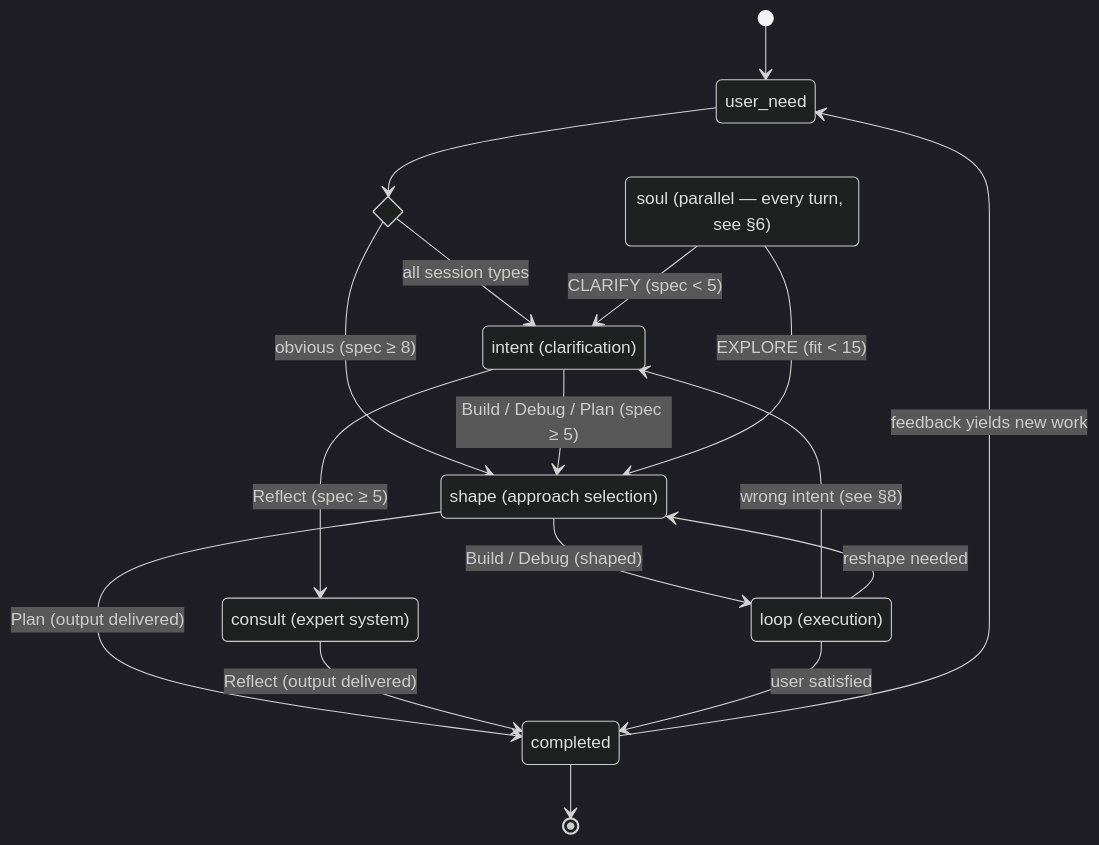
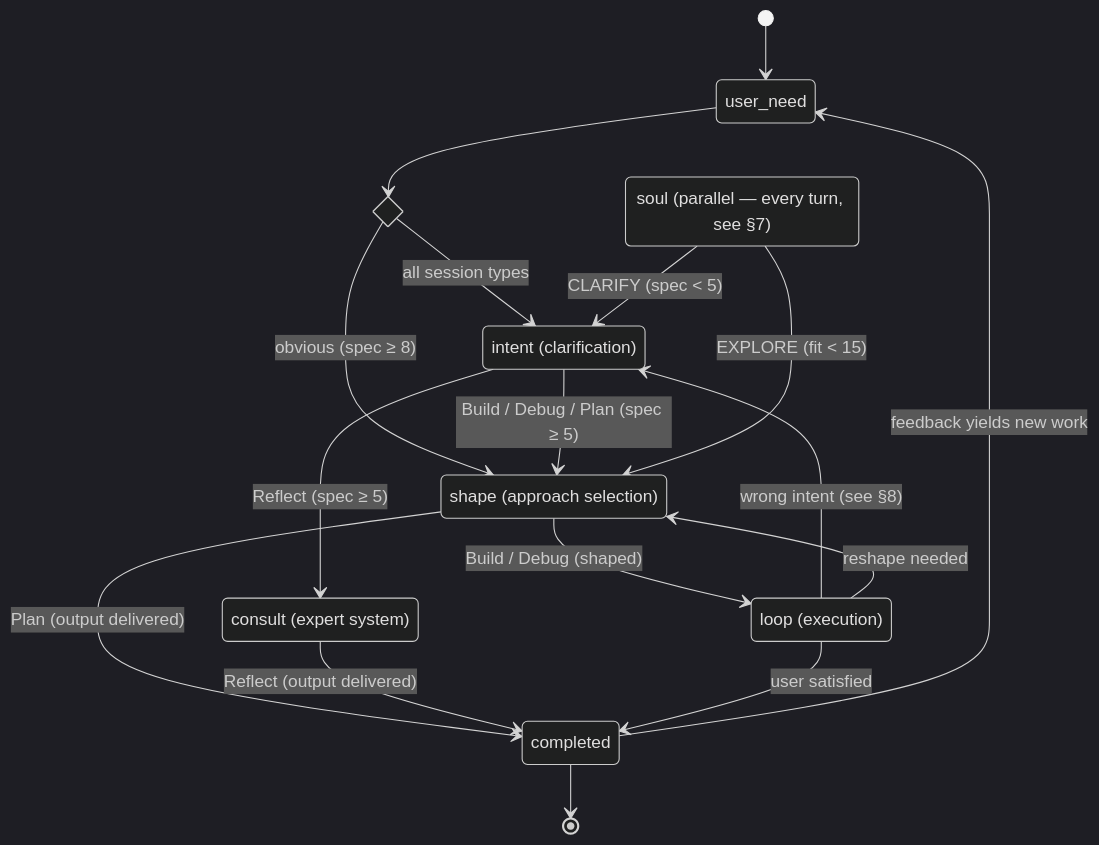
One commit to saadshahd/moo.md changed the first of 7 diagrams in docs/statechart.md. Above: the diagram before and after it, drawn with Mermaid (dark theme). The commit also changed other lines of this file and 65 other files, not shown here.

````diff
--- a/docs/statechart.md
+++ b/docs/statechart.md
@@ -11,34 +11,34 @@
 ```mermaid
 stateDiagram-v2
   [*] --> user_need
 
-  state "soul (parallel — every turn, see §6)" as soul
+  state "soul (parallel — every turn, see §7)" as soul
 
   state route <<choice>>
   user_need --> route
 
   state "intent (clarification)" as intent
   state "shape (approach selection)" as shape
   state "loop (execution)" as loop
   state "consult (expert system)" as consult
 
   route --> intent : all session types
   route --> shape : obvious (spec ≥ 8)
 
   intent --> shape : Build / Debug / Plan (spec ≥ 5)
   intent --> consult : Reflect (spec ≥ 5)
 
   shape --> loop : Build / Debug (shaped)
   shape --> completed : Plan (output delivered)
   consult --> completed : Reflect (output delivered)
 
   loop --> completed : user satisfied
   completed --> [*]
   completed --> user_need : feedback yields new work
 
   soul --> intent : CLARIFY (spec < 5)
   soul --> shape : EXPLORE (fit < 15)
 
   loop --> intent : wrong intent (see §8)
   loop --> shape : reshape needed
 ```
````
